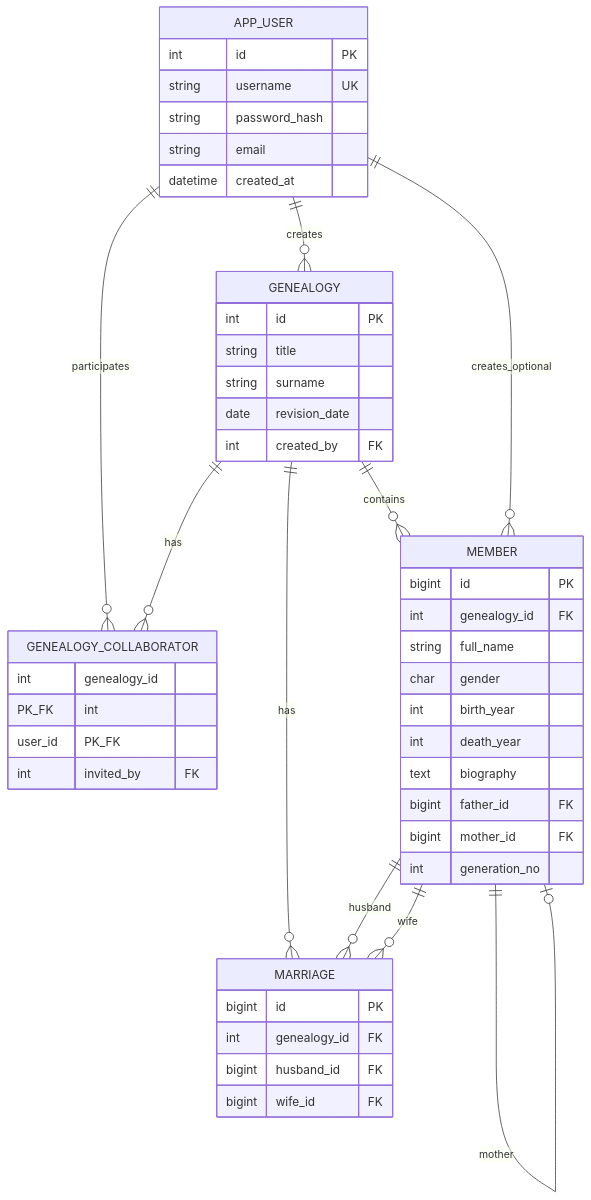
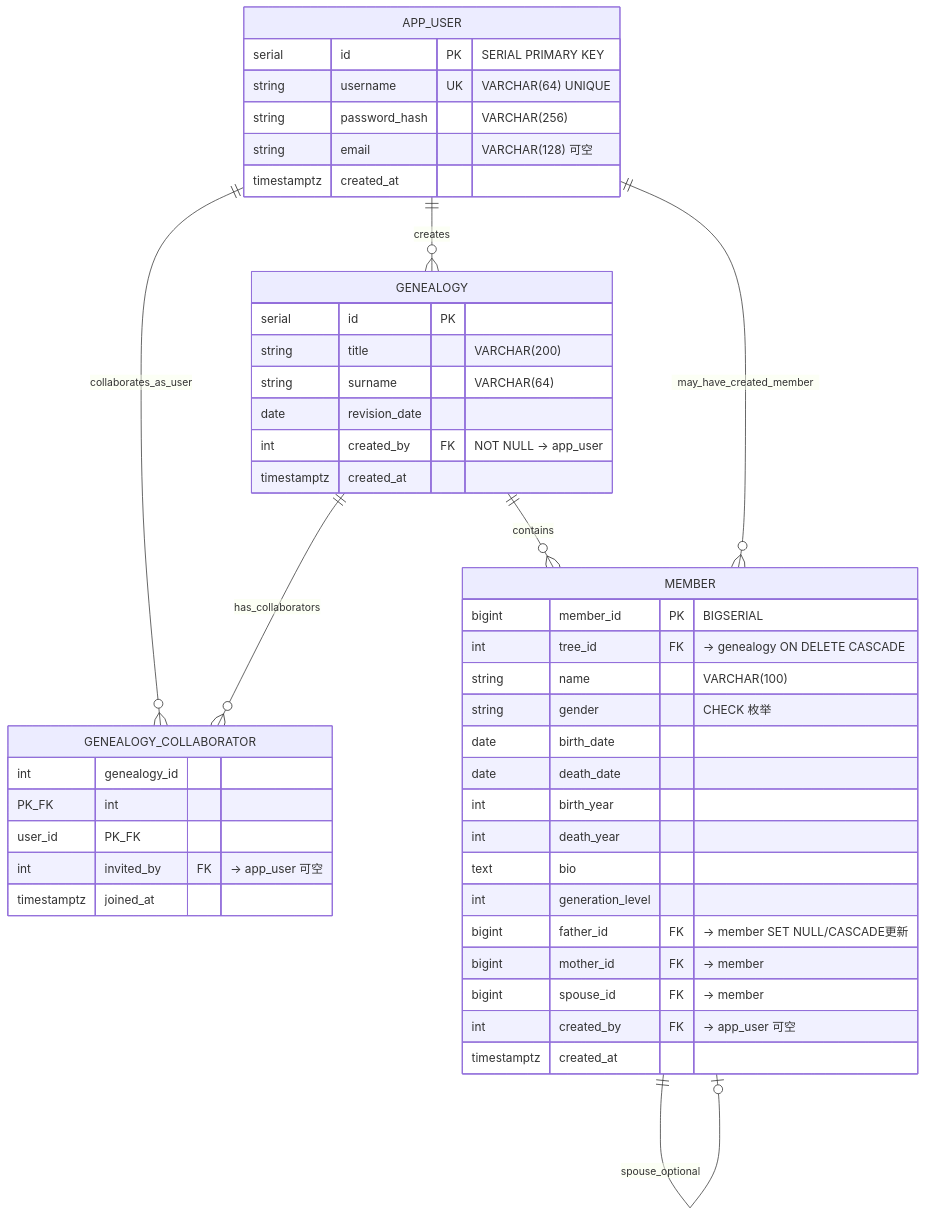
Before and after one commit to JunyiDuovo/Tracing-the-Roots: the diagram in docs/数据库设计说明.md, drawn with Mermaid. The commit also changed other lines of this file and 1 other file, not shown here.

````diff
--- a/docs/数据库设计说明.md
+++ b/docs/数据库设计说明.md
@@ -5,51 +20,53 @@
 ```mermaid
 erDiagram
     APP_USER ||--o{ GENEALOGY : creates
-    APP_USER ||--o{ GENEALOGY_COLLABORATOR : participates
-    GENEALOGY ||--o{ GENEALOGY_COLLABORATOR : has
+    APP_USER ||--o{ GENEALOGY_COLLABORATOR : collaborates_as_user
+    GENEALOGY ||--o{ GENEALOGY_COLLABORATOR : has_collaborators
     GENEALOGY ||--o{ MEMBER : contains
-    APP_USER ||--o{ MEMBER : creates_optional
-    MEMBER ||--o| MEMBER : father
-    MEMBER ||--o| MEMBER : mother
-    GENEALOGY ||--o{ MARRIAGE : has
-    MEMBER ||--o{ MARRIAGE : husband
-    MEMBER ||--o{ MARRIAGE : wife
+    APP_USER ||--o{ MEMBER : may_have_created_member
+    MEMBER ||--o| MEMBER : father_is
+    MEMBER ||--o| MEMBER : mother_is
+    MEMBER ||--o| MEMBER : spouse_optional
 
     APP_USER {
-        int id PK
-        string username UK
-        string password_hash
-        string email
-        datetime created_at
+        serial id PK "SERIAL PRIMARY KEY"
+        string username UK "VARCHAR(64) UNIQUE"
+        string password_hash "VARCHAR(256)"
+        string email "VARCHAR(128) 可空"
+        timestamptz created_at
     }
+
     GENEALOGY {
-        int id PK
-        string title
-        string surname
+        serial id PK
+        string title "VARCHAR(200)"
+        string surname "VARCHAR(64)"
         date revision_date
-        int created_by FK
+        int created_by FK "NOT NULL → app_user"
+        timestamptz created_at
     }
+
     GENEALOGY_COLLABORATOR {
         int genealogy_id PK_FK
         int user_id PK_FK
-        int invited_by FK
+        int invited_by FK "→ app_user 可空"
+        timestamptz joined_at
     }
+
     MEMBER {
-        bigint id PK
-        int genealogy_id FK
-        string full_name
-        char gender
+        bigint member_id PK "BIGSERIAL"
+        int tree_id FK "→ genealogy ON DELETE CASCADE"
+        string name "VARCHAR(100)"
+        string gender "CHECK 枚举"
+        date birth_date
+        date death_date
         int birth_year
         int death_year
-        text biography
-        bigint father_id FK
-        bigint mother_id FK
-        int generation_no
-    }
-    MARRIAGE {
-        bigint id PK
-        int genealogy_id FK
-        bigint husband_id FK
-        bigint wife_id FK
+        text bio
+        int generation_level
+        bigint father_id FK "→ member SET NULL/CASCADE更新"
+        bigint mother_id FK "→ member"
+        bigint spouse_id FK "→ member"
+        int created_by FK "→ app_user 可空"
+        timestamptz created_at
     }
 ```
````
